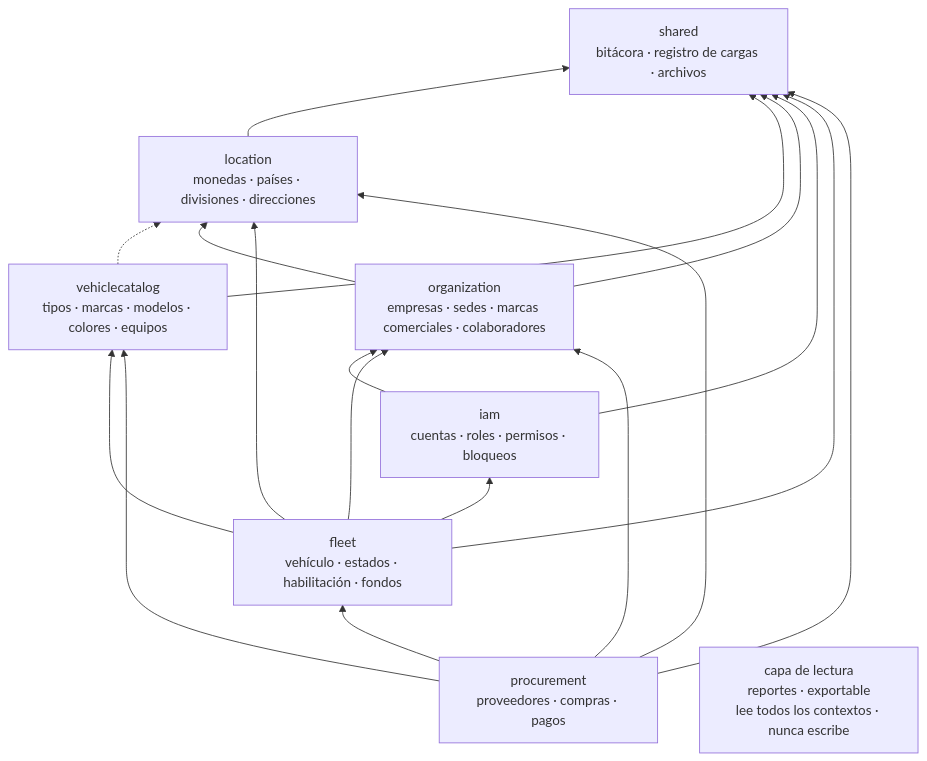
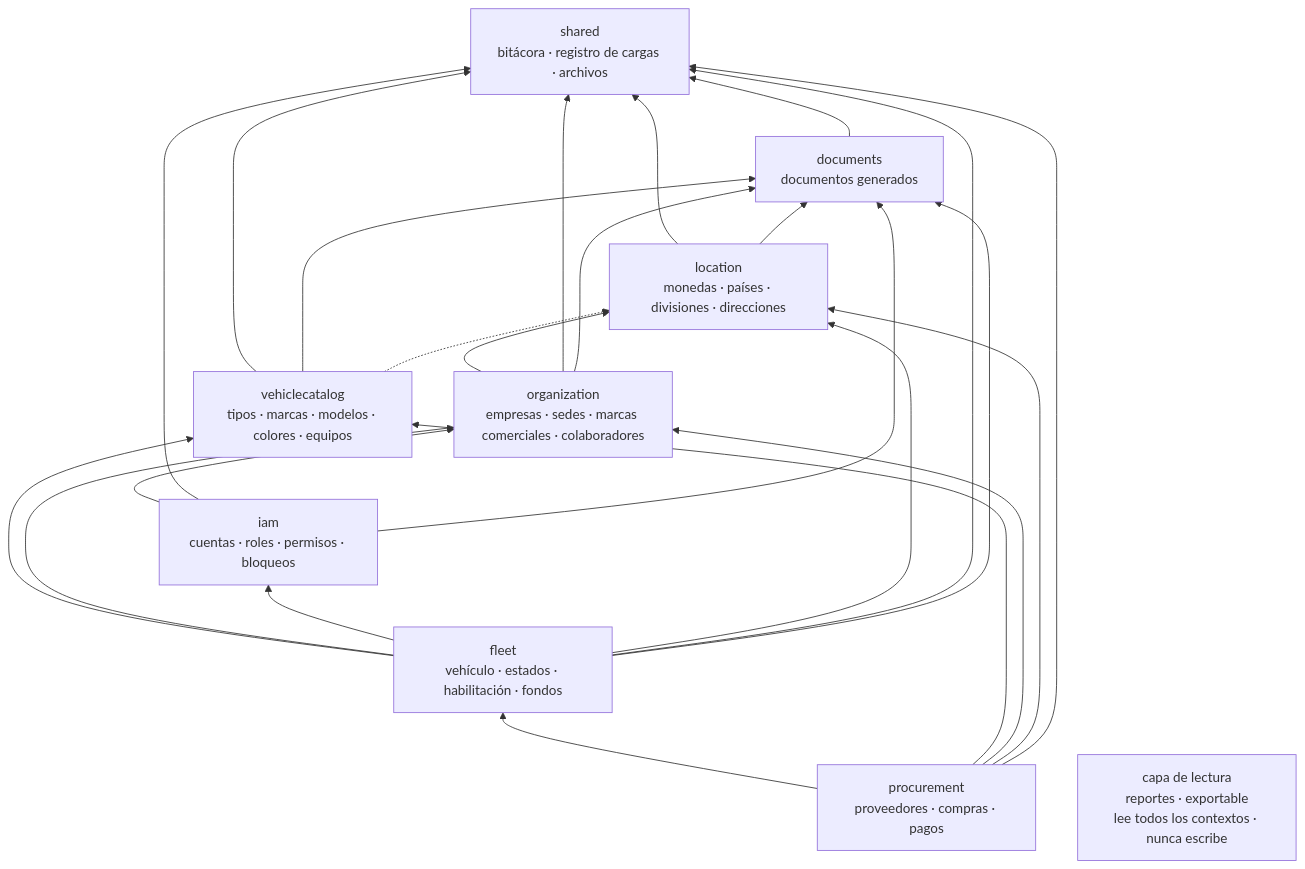
One commit to erp-millennium-mobility-sac/erp-millennium-mobility-documentation changed the diagram in mapa-de-contextos-millennium-mobility.md. Above: the diagram before and after it, drawn with Mermaid. The commit also changed other lines of this file, not shown here.

First line of the commit message:
docs(context-map): add the documents module, owner of the generated documents, called by the five contexts that export (D-125)

````diff
--- a/mapa-de-contextos-millennium-mobility.md
+++ b/mapa-de-contextos-millennium-mobility.md
@@ -86,29 +87,36 @@
 ```mermaid
 flowchart BT
   shared["shared<br/>bitácora · registro de cargas · archivos"]
+  docs["documents<br/>documentos generados"]
   location["location<br/>monedas · países · divisiones · direcciones"]
   iam["iam<br/>cuentas · roles · permisos · bloqueos"]
   catalog["vehiclecatalog<br/>tipos · marcas · modelos · colores · equipos"]
   org["organization<br/>empresas · sedes · marcas comerciales · colaboradores"]
   fleet["fleet<br/>vehículo · estados · habilitación · fondos"]
   proc["procurement<br/>proveedores · compras · pagos"]
   reports["capa de lectura<br/>reportes · exportable<br/>lee todos los contextos · nunca escribe"]
 
+  docs --> shared
   location --> shared
+  location --> docs
   catalog --> shared
+  catalog --> docs
   catalog -.-> location
   org --> location
   org --> shared
+  org --> docs
   iam --> org
   iam --> shared
+  iam --> docs
   fleet --> catalog
   fleet --> org
   fleet --> iam
   fleet --> location
   fleet --> shared
+  fleet --> docs
   proc --> fleet
   proc --> catalog
   proc --> org
   proc --> location
   proc --> shared
 ```
````
